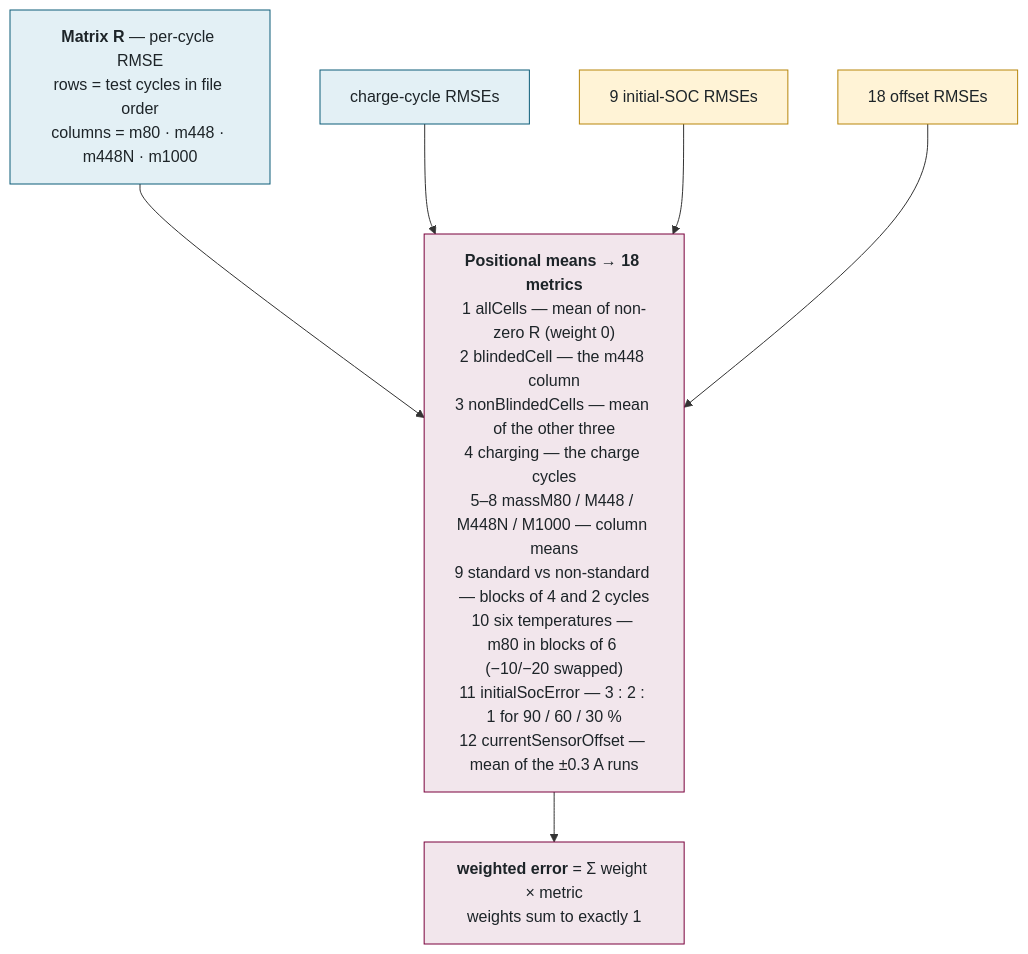
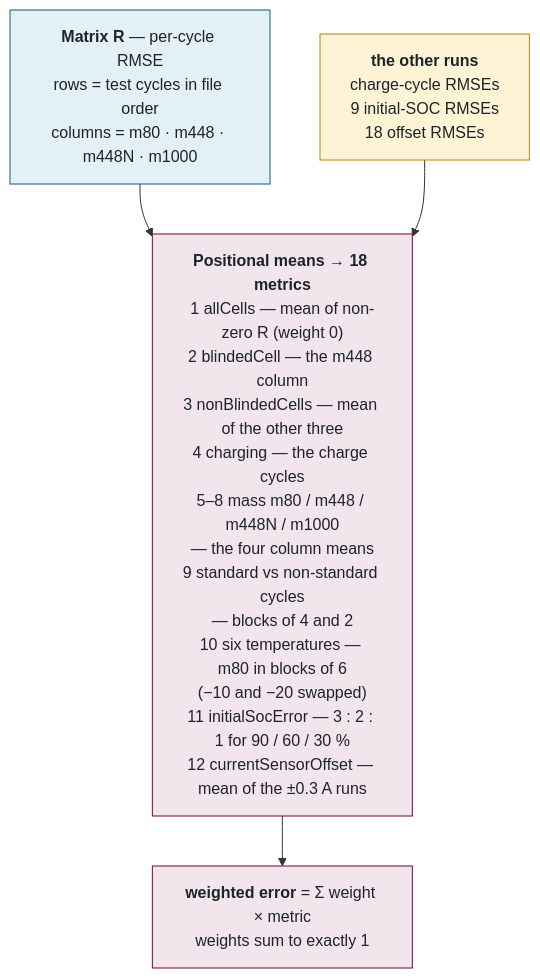
The first of 5 diagrams in docs/walkthrough/06-the-evaluation-engine-scoring-complexity-and-outputs.md (McMaster-Battery-Research-Group/battery-soc-benchmark), drawn with Mermaid before and after one commit. The commit also changed other lines of this file and 10 other files, not shown here.

Commit message:
Walkthrough: every diagram now fits GitHub's content column (no scaling), larger timeline fonts, bigger logos

````diff
--- a/docs/walkthrough/06-the-evaluation-engine-scoring-complexity-and-outputs.md
+++ b/docs/walkthrough/06-the-evaluation-engine-scoring-complexity-and-outputs.md
@@ -9,20 +9,16 @@
 ```mermaid
 flowchart TB
     R["<b>Matrix R</b> — per-cycle RMSE<br/>rows = test cycles in file order<br/>columns = m80 · m448 · m448N · m1000"]
-    CH["charge-cycle RMSEs"]
-    IS["9 initial-SOC RMSEs"]
-    OF["18 offset RMSEs"]
-    G["<b>Positional means → 18 metrics</b><br/>1 allCells — mean of non-zero R (weight 0)<br/>2 blindedCell — the m448 column<br/>3 nonBlindedCells — mean of the other three<br/>4 charging — the charge cycles<br/>5–8 massM80 / M448 / M448N / M1000 — column means<br/>9 standard vs non-standard — blocks of 4 and 2 cycles<br/>10 six temperatures — m80 in blocks of 6 (−10/−20 swapped)<br/>11 initialSocError — 3 : 2 : 1 for 90 / 60 / 30 %<br/>12 currentSensorOffset — mean of the ±0.3 A runs"]
+    X["<b>the other runs</b><br/>charge-cycle RMSEs<br/>9 initial-SOC RMSEs<br/>18 offset RMSEs"]
+    G["<b>Positional means → 18 metrics</b><br/>1 allCells — mean of non-zero R (weight 0)<br/>2 blindedCell — the m448 column<br/>3 nonBlindedCells — mean of the other three<br/>4 charging — the charge cycles<br/>5–8 mass m80 / m448 / m448N / m1000<br/>— the four column means<br/>9 standard vs non-standard cycles<br/>— blocks of 4 and 2<br/>10 six temperatures — m80 in blocks of 6<br/>(−10 and −20 swapped)<br/>11 initialSocError — 3 : 2 : 1 for 90 / 60 / 30 %<br/>12 currentSensorOffset — mean of the ±0.3 A runs"]
     W["<b>weighted error</b> = Σ weight × metric<br/>weights sum to exactly 1"]
     R --> G
-    CH --> G
-    IS --> G
-    OF --> G
+    X --> G
     G --> W
     classDef data fill:#E3F0F5,stroke:#0D5D78,color:#1d2428
     classDef worker fill:#FFF3D6,stroke:#B8860B,color:#1d2428
     classDef web fill:#F2E6EC,stroke:#7A003C,color:#1d2428
-    class R,CH data
-    class IS,OF worker
+    class R data
+    class X worker
     class G,W web
 ```
````
